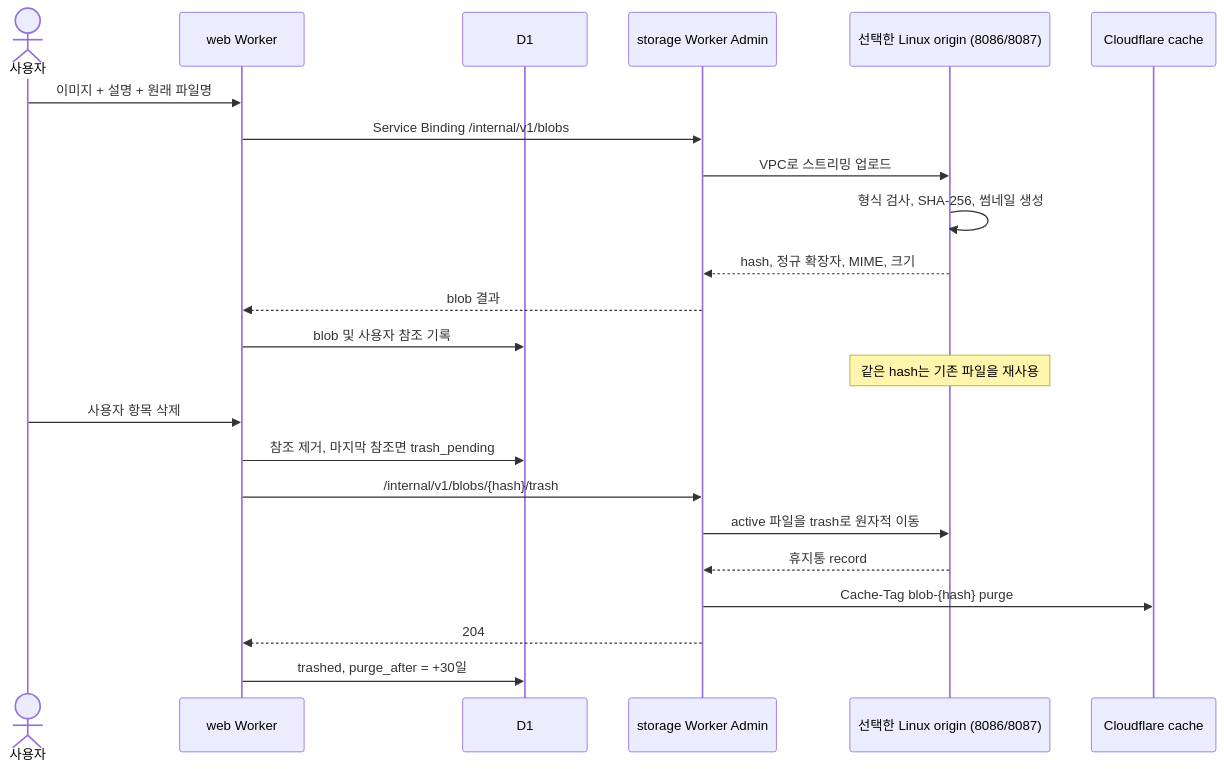
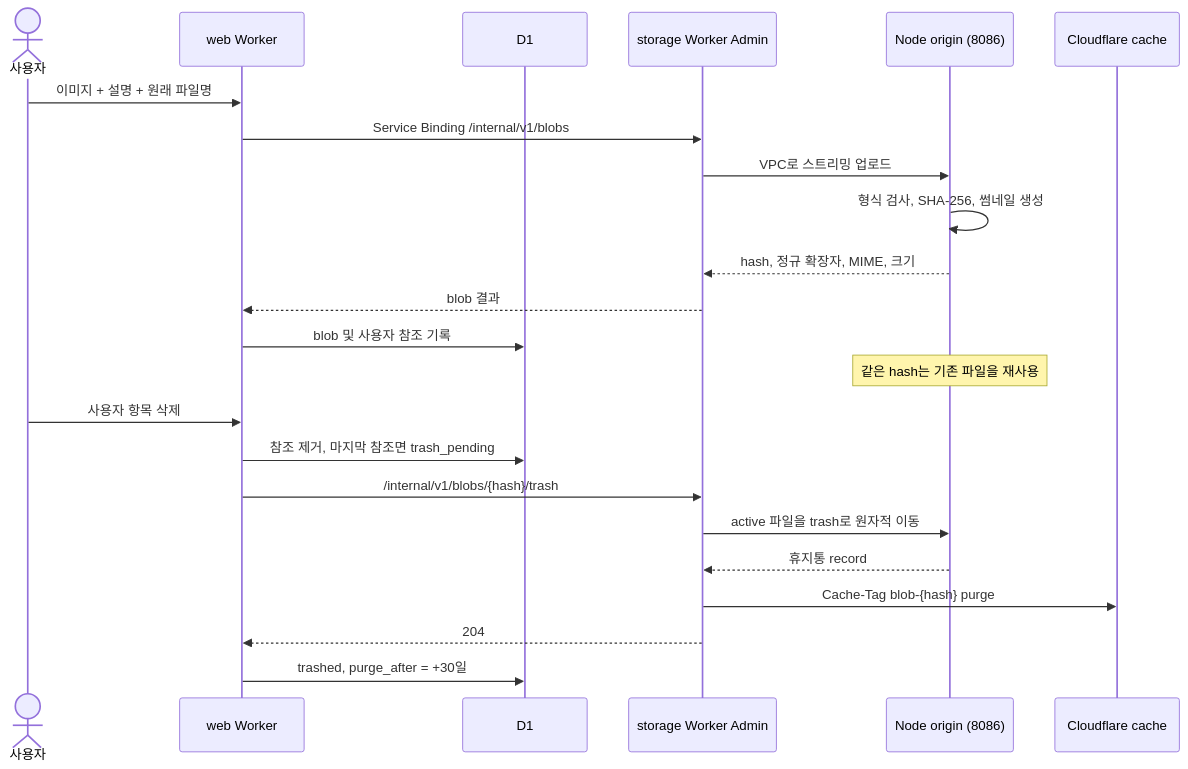
The third of 4 diagrams in docs/architecture.md (octopus7/meme), drawn with Mermaid before and after one commit. The commit also changed other lines of this file and 28 other files, not shown here.

````diff
--- a/docs/architecture.md
+++ b/docs/architecture.md
@@ -96,27 +87,27 @@
 ```mermaid
 sequenceDiagram
     actor U as 사용자
     participant W as web Worker
     participant D as D1
     participant A as storage Worker Admin
-    participant O as 선택한 Linux origin (8086/8087)
+    participant O as Node origin (8086)
     participant C as Cloudflare cache
 
     U->>W: 이미지 + 설명 + 원래 파일명
     W->>A: Service Binding /internal/v1/blobs
     A->>O: VPC로 스트리밍 업로드
     O->>O: 형식 검사, SHA-256, 썸네일 생성
     O-->>A: hash, 정규 확장자, MIME, 크기
     A-->>W: blob 결과
     W->>D: blob 및 사용자 참조 기록
     Note over O: 같은 hash는 기존 파일을 재사용
 
     U->>W: 사용자 항목 삭제
     W->>D: 참조 제거, 마지막 참조면 trash_pending
     W->>A: /internal/v1/blobs/{hash}/trash
     A->>O: active 파일을 trash로 원자적 이동
     O-->>A: 휴지통 record
     A->>C: Cache-Tag blob-{hash} purge
     A-->>W: 204
     W->>D: trashed, purge_after = +30일
 ```
````
